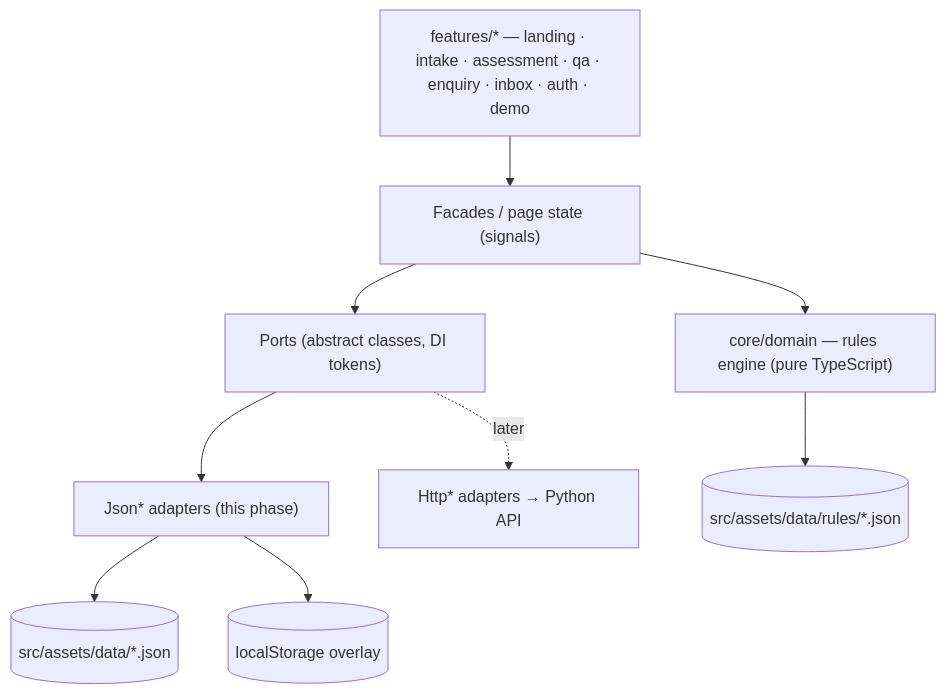
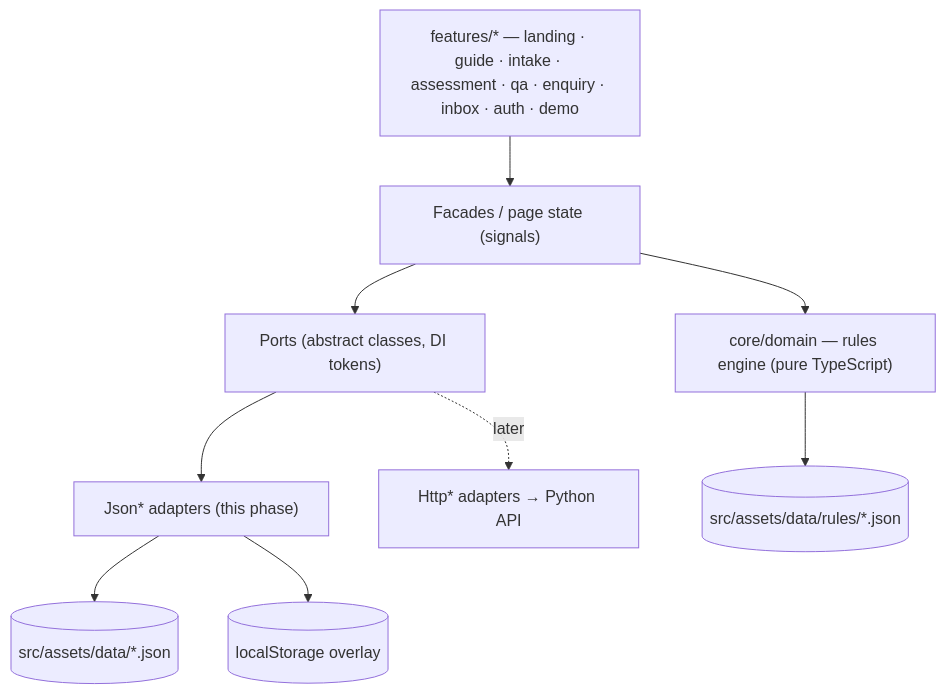
Before and after one commit to gustavojofelix/Invest-Moz: the diagram in README.md, drawn with Mermaid. The commit also changed other lines of this file and 71 other files, not shown here.

````diff
--- a/README.md
+++ b/README.md
@@ -123,11 +128,11 @@
 ```mermaid
 flowchart TB
-  UI["features/* — landing · intake · assessment · qa · enquiry · inbox · auth · demo"] --> F["Facades / page state (signals)"]
+  UI["features/* — landing · guide · intake · assessment · qa · enquiry · inbox · auth · demo"] --> F["Facades / page state (signals)"]
   F --> P["Ports (abstract classes, DI tokens)"]
   P --> J["Json* adapters (this phase)"]
   P -. later .-> H["Http* adapters → Python API"]
   J --> DATA[("src/assets/data/*.json")]
   J --> LS[("localStorage overlay")]
   F --> RE["core/domain — rules engine (pure TypeScript)"]
   RE --> RT[("src/assets/data/rules/*.json")]
 ```
````
